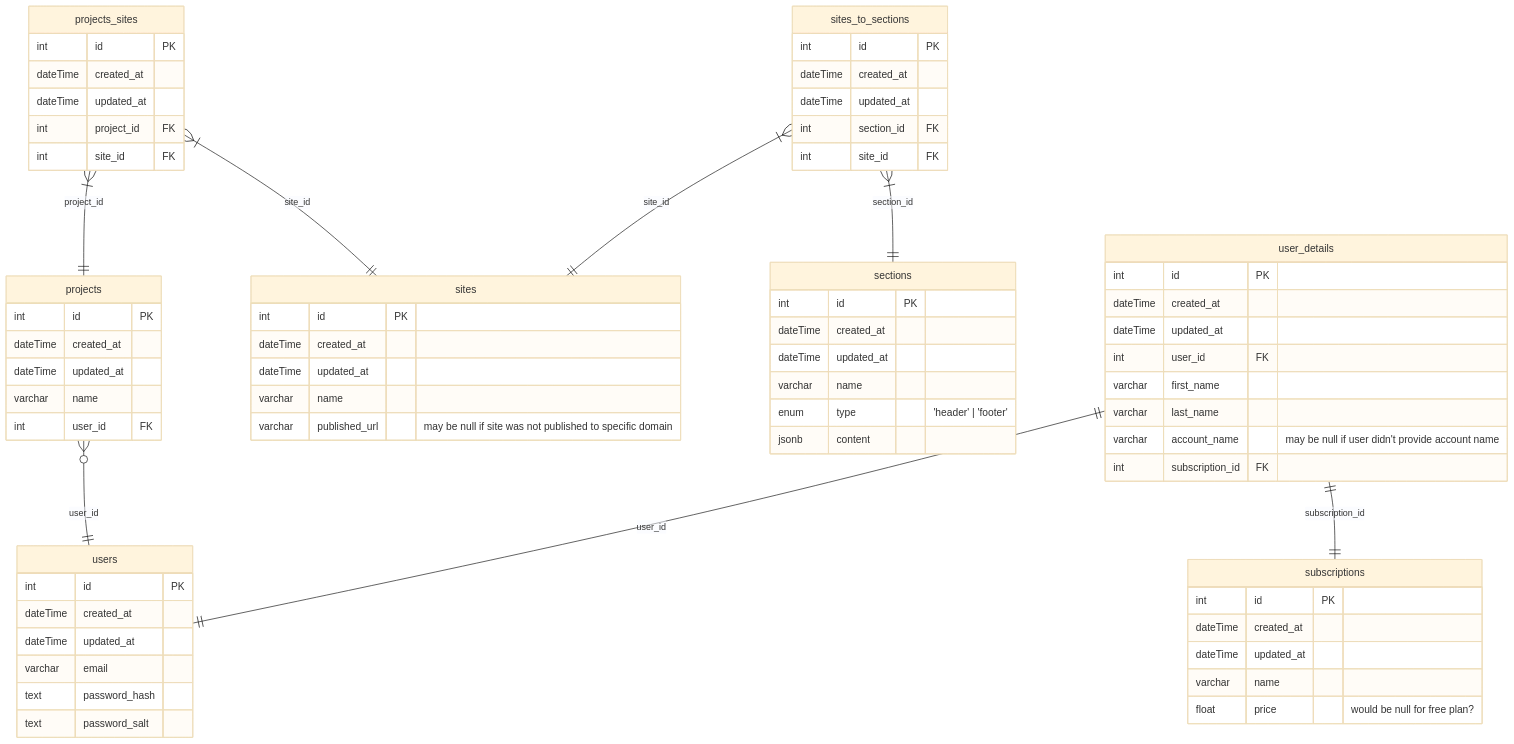
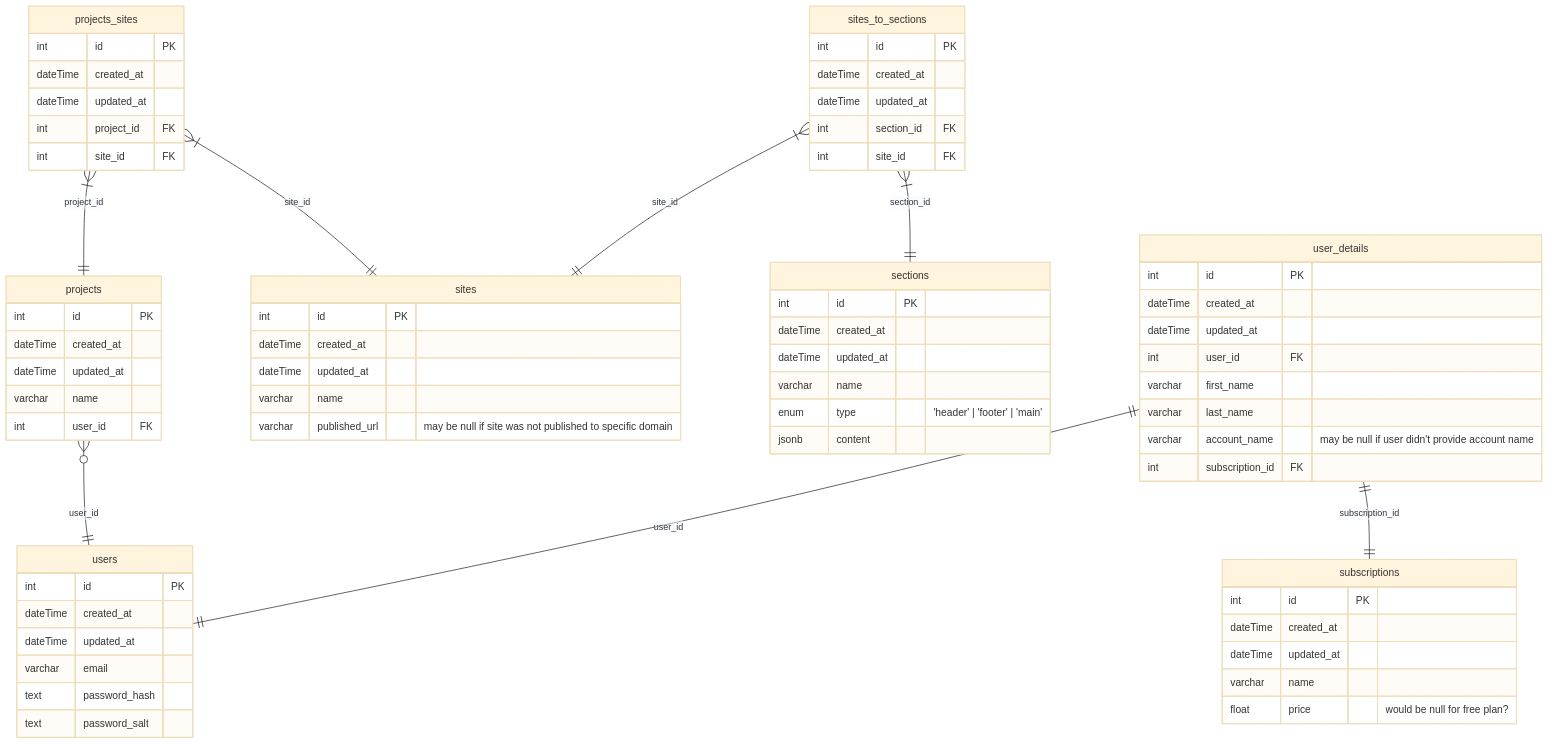
Before and after one commit to BinaryStudioAcademy/bsa-winter-2022-2023-simpleland: the diagram in readme.md, drawn with Mermaid (base theme). The commit also changed 3 other files, not shown here.

Commit message:
sl-77: + main section type

````diff
--- a/readme.md
+++ b/readme.md
@@ -43,81 +43,81 @@
 ```mermaid
 erDiagram
 
   users {
     int id PK
     dateTime created_at
     dateTime updated_at
     varchar email
     text password_hash
     text password_salt
   }
 
   %% mb user_details should content subscription_end_time col?
   user_details ||--|| users : user_id
   user_details ||--|| subscriptions : subscription_id
   user_details {
     int id PK
     dateTime created_at
     dateTime updated_at
     int user_id FK
     varchar first_name
     varchar last_name
     varchar account_name "may be null if user didn't provide account name"
     int subscription_id FK
   }
 
   sites {
     int id PK
     dateTime created_at
     dateTime updated_at
     varchar name
     varchar published_url "may be null if site was not published to specific domain"
   }
 
   sections {
     int id PK
     dateTime created_at
     dateTime updated_at
     varchar name
-    enum type "'header' | 'footer'"
+    enum type "'header' | 'footer' | 'main'"
     jsonb content
   }
 
   sites_to_sections }|--|| sections : section_id
   sites_to_sections }|--|| sites : site_id
   sites_to_sections {
     int id PK
     dateTime created_at
     dateTime updated_at
     int section_id FK
     int site_id FK
   }
 
   projects }o--|| users : user_id
   projects {
     int id PK
     dateTime created_at
     dateTime updated_at
     varchar name
     int user_id FK
   }
 
   projects_sites }|--|| projects : project_id
   projects_sites }|--|| sites : site_id
   projects_sites {
     int id PK
     dateTime created_at
     dateTime updated_at
     int project_id FK
     int site_id FK
   }
 
   subscriptions {
     int id PK
     dateTime created_at
     dateTime updated_at
     varchar name
     float price "would be null for free plan?"
   }
 
 ```
````
